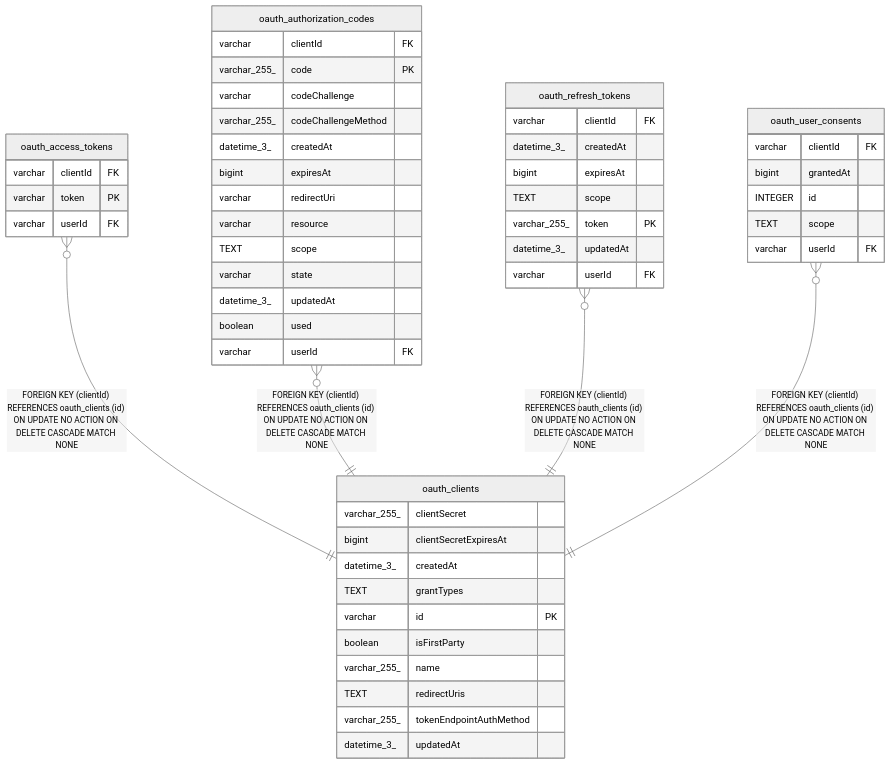
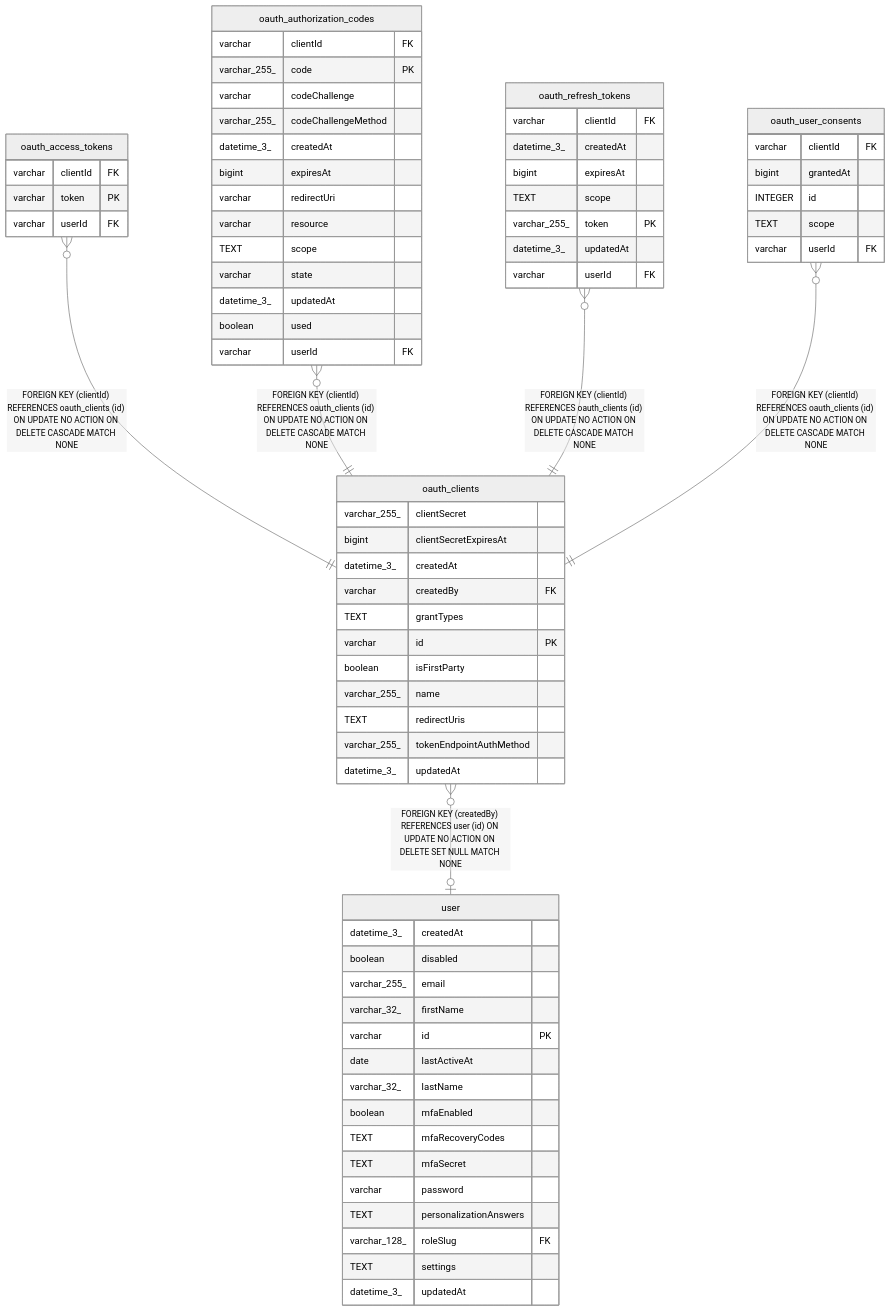
Before and after one commit to mayankjain1815-commits/n8n: the diagram in docs/generated/sqlite-schema/oauth_clients.md, drawn with Mermaid (neutral theme). The commit also changed other lines of this file and 39 other files, not shown here.

````diff
--- a/docs/generated/sqlite-schema/oauth_clients.md
+++ b/docs/generated/sqlite-schema/oauth_clients.md
@@ -44,57 +46,76 @@
 ```mermaid
 erDiagram
 
+"oauth_clients" }o--o| "user" : "FOREIGN KEY (createdBy) REFERENCES user (id) ON UPDATE NO ACTION ON DELETE SET NULL MATCH NONE"
 "oauth_access_tokens" }o--|| "oauth_clients" : "FOREIGN KEY (clientId) REFERENCES oauth_clients (id) ON UPDATE NO ACTION ON DELETE CASCADE MATCH NONE"
 "oauth_authorization_codes" }o--|| "oauth_clients" : "FOREIGN KEY (clientId) REFERENCES oauth_clients (id) ON UPDATE NO ACTION ON DELETE CASCADE MATCH NONE"
 "oauth_refresh_tokens" }o--|| "oauth_clients" : "FOREIGN KEY (clientId) REFERENCES oauth_clients (id) ON UPDATE NO ACTION ON DELETE CASCADE MATCH NONE"
 "oauth_user_consents" }o--|| "oauth_clients" : "FOREIGN KEY (clientId) REFERENCES oauth_clients (id) ON UPDATE NO ACTION ON DELETE CASCADE MATCH NONE"
 
 "oauth_clients" {
   varchar_255_ clientSecret
   bigint clientSecretExpiresAt
   datetime_3_ createdAt
+  varchar createdBy FK
   TEXT grantTypes
   varchar id PK
   boolean isFirstParty
   varchar_255_ name
   TEXT redirectUris
   varchar_255_ tokenEndpointAuthMethod
+  datetime_3_ updatedAt
+}
+"user" {
+  datetime_3_ createdAt
+  boolean disabled
+  varchar_255_ email
+  varchar_32_ firstName
+  varchar id PK
+  date lastActiveAt
+  varchar_32_ lastName
+  boolean mfaEnabled
+  TEXT mfaRecoveryCodes
+  TEXT mfaSecret
+  varchar password
+  TEXT personalizationAnswers
+  varchar_128_ roleSlug FK
+  TEXT settings
   datetime_3_ updatedAt
 }
 "oauth_access_tokens" {
   varchar clientId FK
   varchar token PK
   varchar userId FK
 }
 "oauth_authorization_codes" {
   varchar clientId FK
   varchar_255_ code PK
   varchar codeChallenge
   varchar_255_ codeChallengeMethod
   datetime_3_ createdAt
   bigint expiresAt
   varchar redirectUri
   varchar resource
   TEXT scope
   varchar state
   datetime_3_ updatedAt
   boolean used
   varchar userId FK
 }
 "oauth_refresh_tokens" {
   varchar clientId FK
   datetime_3_ createdAt
   bigint expiresAt
   TEXT scope
   varchar_255_ token PK
   datetime_3_ updatedAt
   varchar userId FK
 }
 "oauth_user_consents" {
   varchar clientId FK
   bigint grantedAt
   INTEGER id
   TEXT scope
   varchar userId FK
 }
 ```
````
